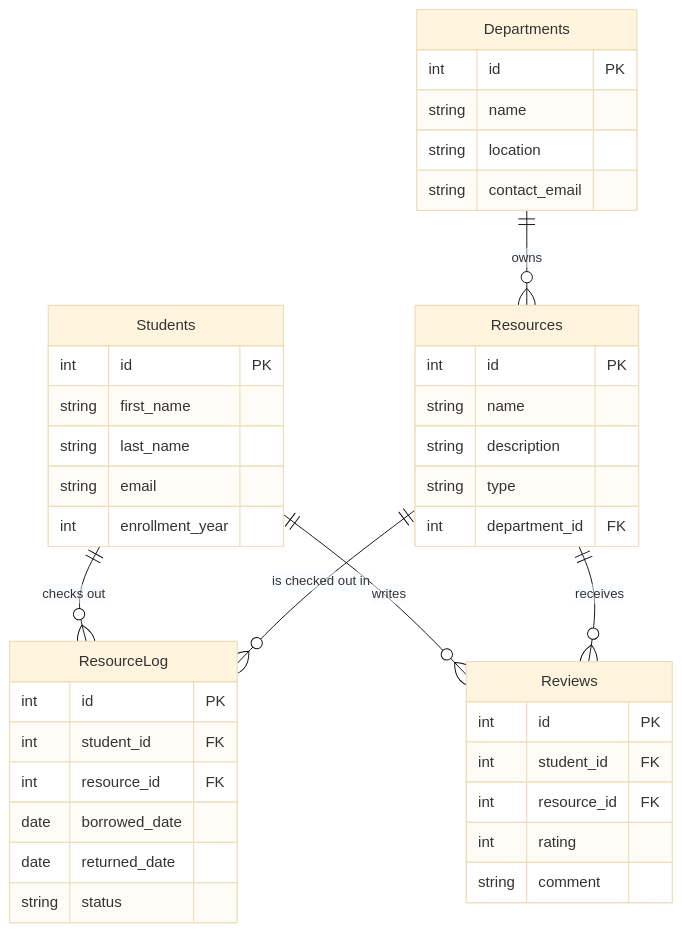
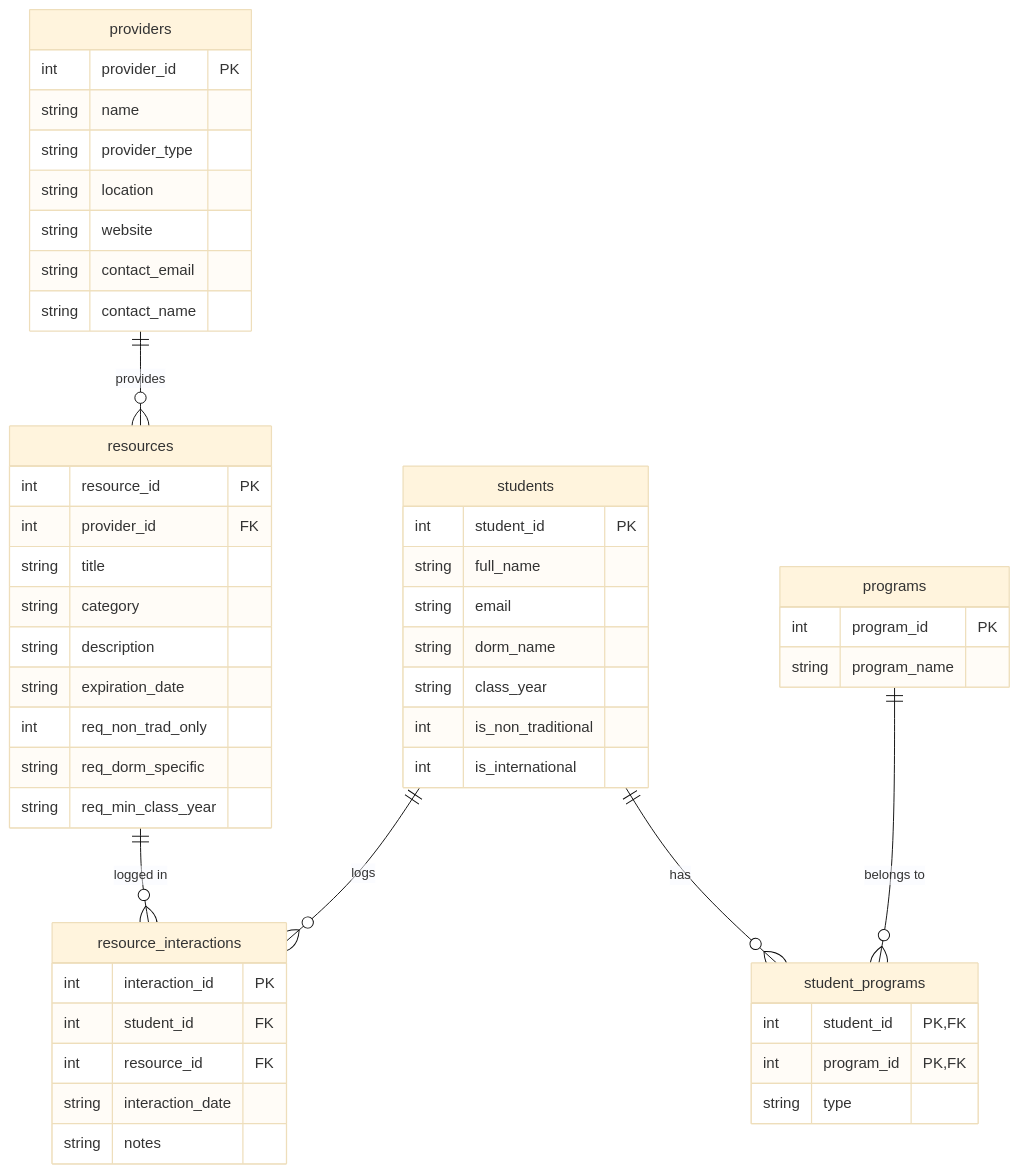
The diagram in README.md (hamiltonnBC/tech-ethics-database), drawn with Mermaid (base theme) before and after one commit. The commit also changed other lines of this file and 16 other files, not shown here.

````diff
--- a/README.md
+++ b/README.md
@@ -12,44 +12,54 @@
 ```mermaid
 erDiagram
-    Departments ||--o{ Resources : "owns"
-    Students ||--o{ ResourceLog : "checks out"
-    Resources ||--o{ ResourceLog : "is checked out in"
-    Students ||--o{ Reviews : "writes"
-    Resources ||--o{ Reviews : "receives"
+    providers ||--o{ resources : "provides"
+    students ||--o{ student_programs : "has"
+    programs ||--o{ student_programs : "belongs to"
+    students ||--o{ resource_interactions : "logs"
+    resources ||--o{ resource_interactions : "logged in"
 
-    Departments {
-        int id PK
+    providers {
+        int provider_id PK
         string name
+        string provider_type
         string location
+        string website
         string contact_email
+        string contact_name
     }
-    Resources {
-        int id PK
-        string name
+    students {
+        int student_id PK
+        string full_name
+        string email
+        string dorm_name
+        string class_year
+        int is_non_traditional
+        int is_international
+    }
+    programs {
+        int program_id PK
+        string program_name
+    }
+    student_programs {
+        int student_id PK,FK
+        int program_id PK,FK
+        string type
+    }
+    resources {
+        int resource_id PK
+        int provider_id FK
+        string title
+        string category
         string description
-        string type
-        int department_id FK
+        string expiration_date
+        int req_non_trad_only
+        string req_dorm_specific
+        string req_min_class_year
     }
-    Students {
-        int id PK
-        string first_name
-        string last_name
-        string email
-        int enrollment_year
-    }
-    ResourceLog {
-        int id PK
+    resource_interactions {
+        int interaction_id PK
         int student_id FK
         int resource_id FK
-        date borrowed_date
-        date returned_date
-        string status
-    }
-    Reviews {
-        int id PK
-        int student_id FK
-        int resource_id FK
-        int rating
-        string comment
+        string interaction_date
+        string notes
     }
 ```
````
